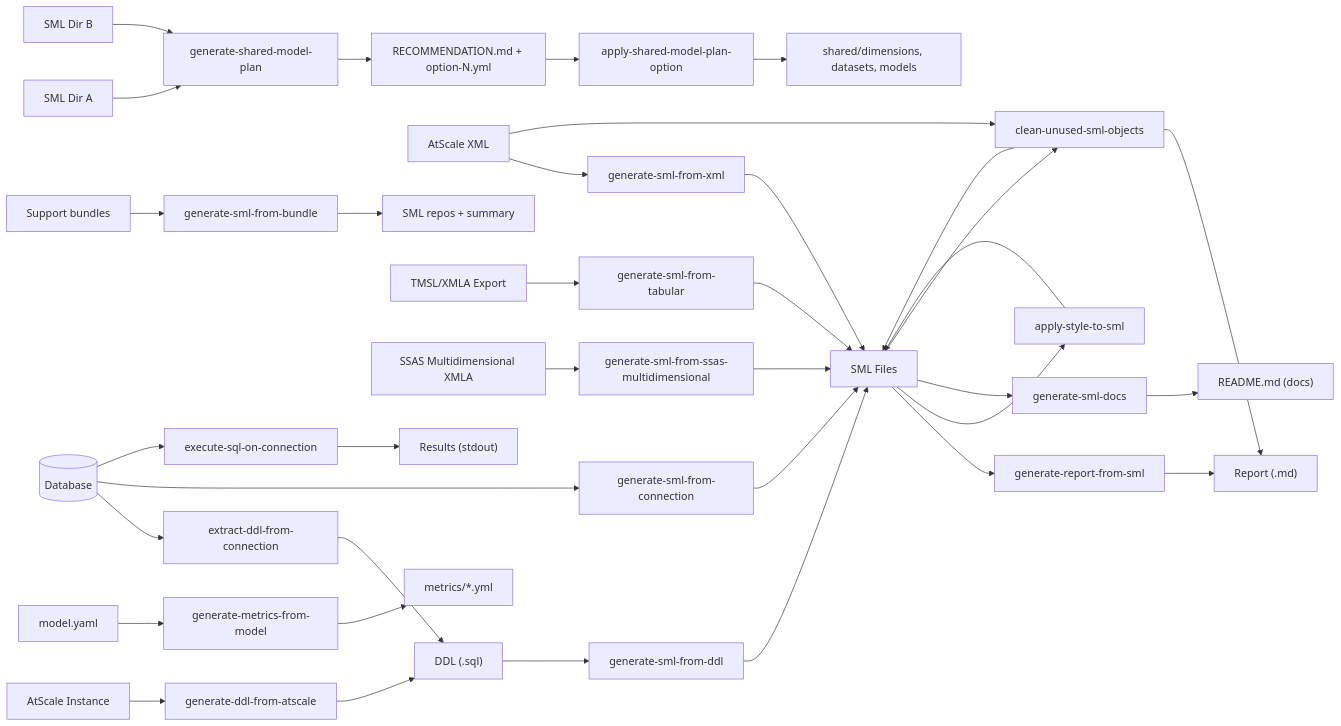
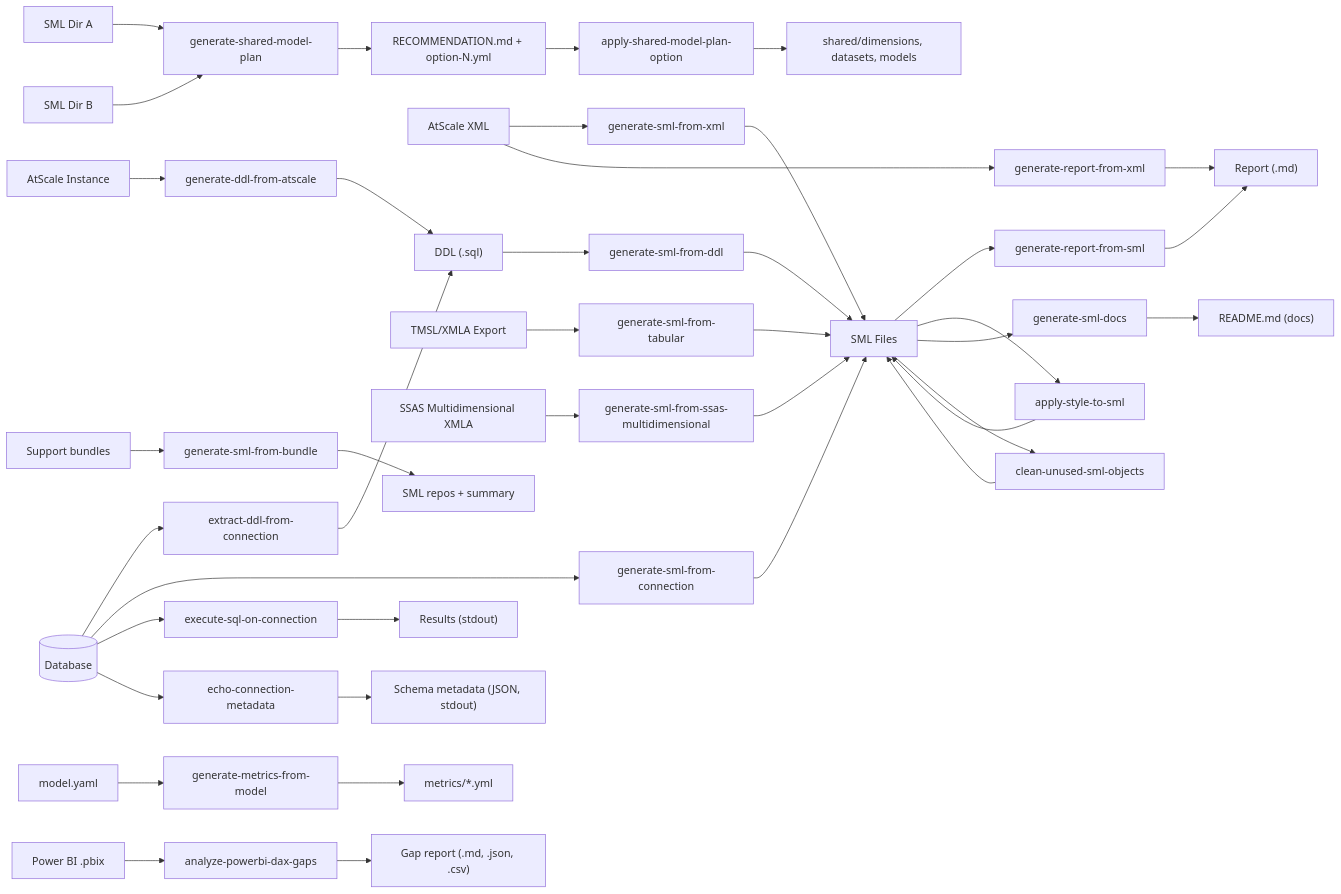
One commit to AtScaleInc/ps-utils changed the second of 9 diagrams in README.md. Above: the diagram before and after it, drawn with Mermaid. The commit also changed other lines of this file and 14 other files, not shown here.

````diff
--- a/README.md
+++ b/README.md
@@ -34,21 +34,23 @@
 ```mermaid
 flowchart LR
     DB[("Database")] --> A["extract-ddl-from-connection"] --> DDL["DDL (.sql)"]
     ATS["AtScale Instance"] --> B["generate-ddl-from-atscale"] --> DDL
     DDL --> C["generate-sml-from-ddl"] --> SML["SML Files"]
     DB --> D["generate-sml-from-connection"] --> SML
     XML["AtScale XML"] --> G["generate-sml-from-xml"] --> SML
     BUNDLE["Support bundles"] --> GB["generate-sml-from-bundle"] --> SMLB["SML repos + summary"]
     TMSL["TMSL/XMLA Export"] --> N["generate-sml-from-tabular"] --> SML
     SSASMD["SSAS Multidimensional XMLA"] --> O["generate-sml-from-ssas-multidimensional"] --> SML
     XML --> L["generate-report-from-xml"] --> RPT["Report (.md)"]
     SML --> M["generate-report-from-sml"] --> RPT
     SML2A["SML Dir A"] --> H["generate-shared-model-plan"] --> PLAN["RECOMMENDATION.md + option-N.yml"]
     SML2B["SML Dir B"] --> H
     PLAN --> I["apply-shared-model-plan-option"] --> SHARED["shared/dimensions, datasets, models"]
     DB --> E["execute-sql-on-connection"] --> OUT["Results (stdout)"]
     MODEL["model.yaml"] --> F["generate-metrics-from-model"] --> METRICS["metrics/*.yml"]
     SML --> J["apply-style-to-sml"] --> SML
     SML --> K["generate-sml-docs"] --> DOCS["README.md (docs)"]
-    SML --> L["clean-unused-sml-objects"] --> SML
+    SML --> CL["clean-unused-sml-objects"] --> SML
+    PBIX["Power BI .pbix"] --> P["analyze-powerbi-dax-gaps"] --> GAP["Gap report (.md, .json, .csv)"]
+    DB --> Q["echo-connection-metadata"] --> META["Schema metadata (JSON, stdout)"]
 ```
````
